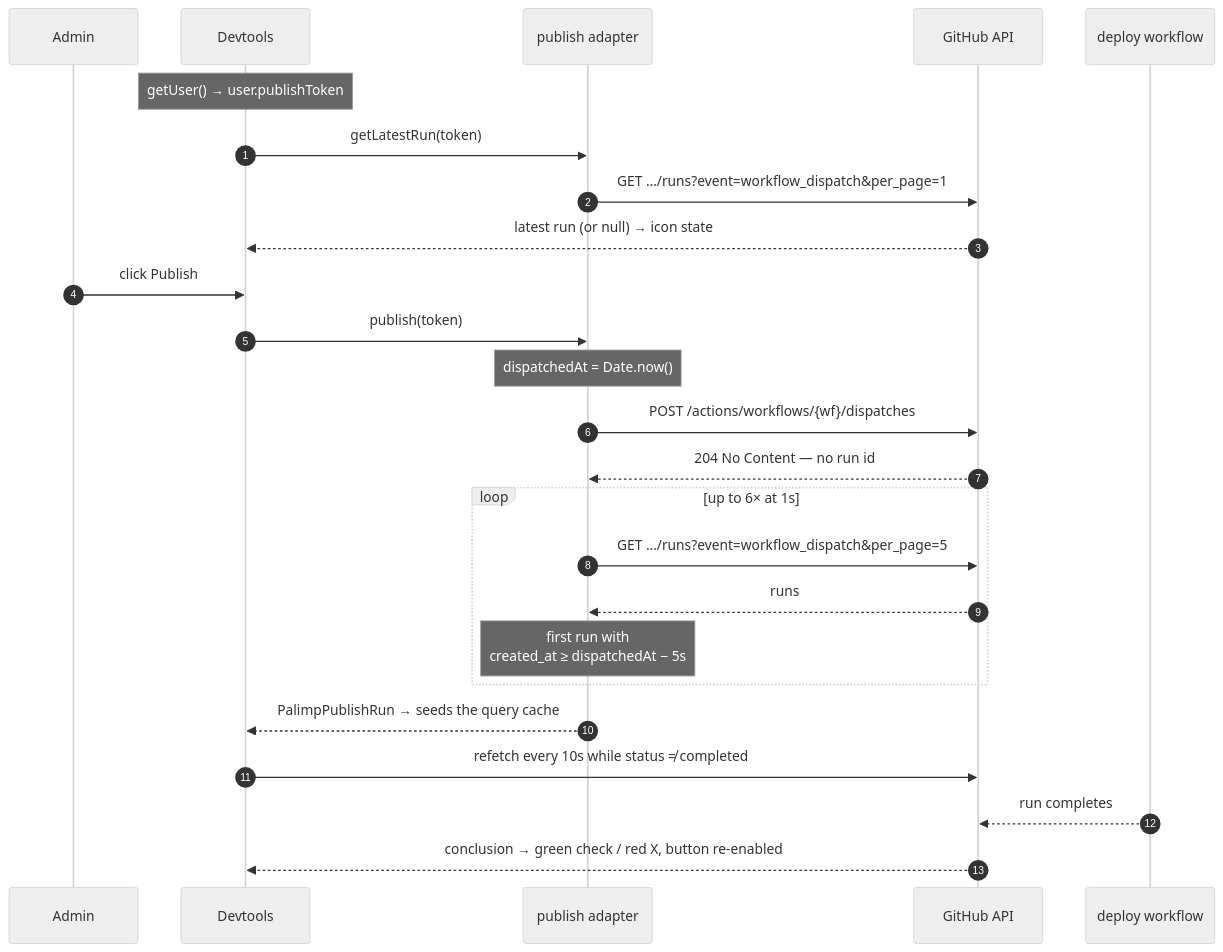
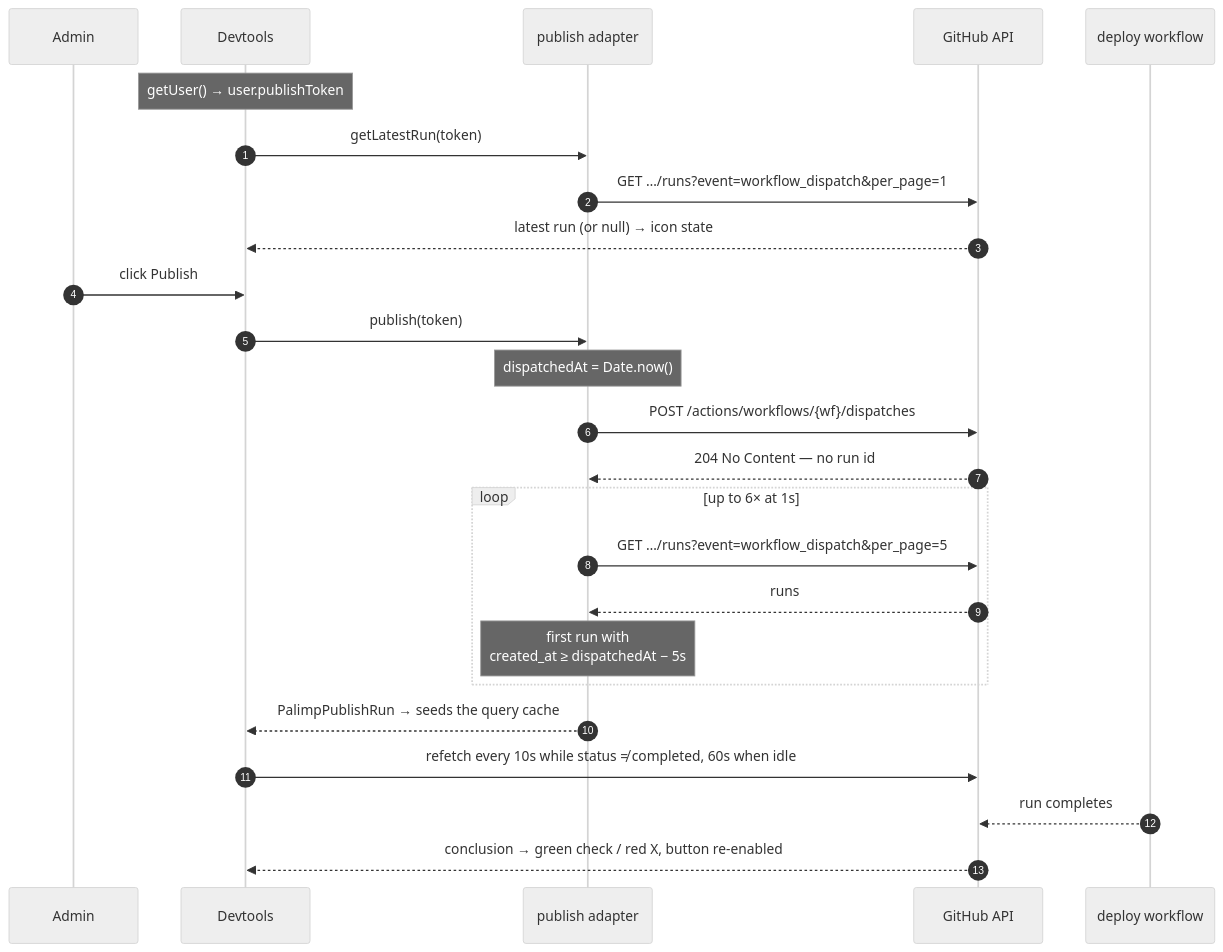
One commit to mishishishi/palimp changed the third of 4 diagrams in docs/architecture.md. Above: the diagram before and after it, drawn with Mermaid (neutral theme). The commit also changed other lines of this file and 11 other files, not shown here.

````diff
--- a/docs/architecture.md
+++ b/docs/architecture.md
@@ -369,29 +369,29 @@
 ```mermaid
 sequenceDiagram
     autonumber
     participant U as Admin
     participant D as Devtools
     participant A as publish adapter
     participant GH as GitHub API
     participant CI as deploy workflow
 
     Note over D: getUser() → user.publishToken
     D->>A: getLatestRun(token)
     A->>GH: GET …/runs?event=workflow_dispatch&per_page=1
     GH-->>D: latest run (or null) → icon state
 
     U->>D: click Publish
     D->>A: publish(token)
     Note over A: dispatchedAt = Date.now()
     A->>GH: POST /actions/workflows/{wf}/dispatches
     GH-->>A: 204 No Content — no run id
     loop up to 6× at 1s
         A->>GH: GET …/runs?event=workflow_dispatch&per_page=5
         GH-->>A: runs
         Note over A: first run with<br/>created_at ≥ dispatchedAt − 5s
     end
     A-->>D: PalimpPublishRun → seeds the query cache
-    D->>GH: refetch every 10s while status ≠ completed
+    D->>GH: refetch every 10s while status ≠ completed, 60s when idle
     CI-->>GH: run completes
     GH-->>D: conclusion → green check / red X, button re-enabled
 ```
````
